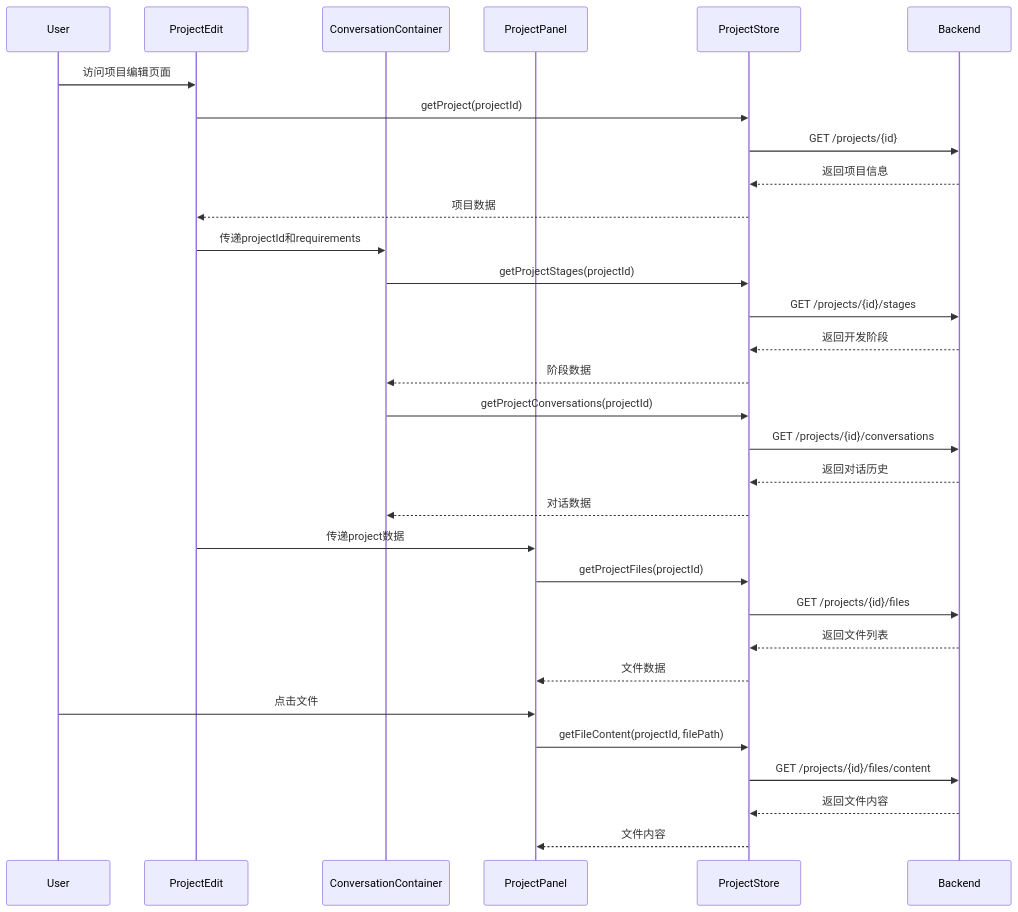
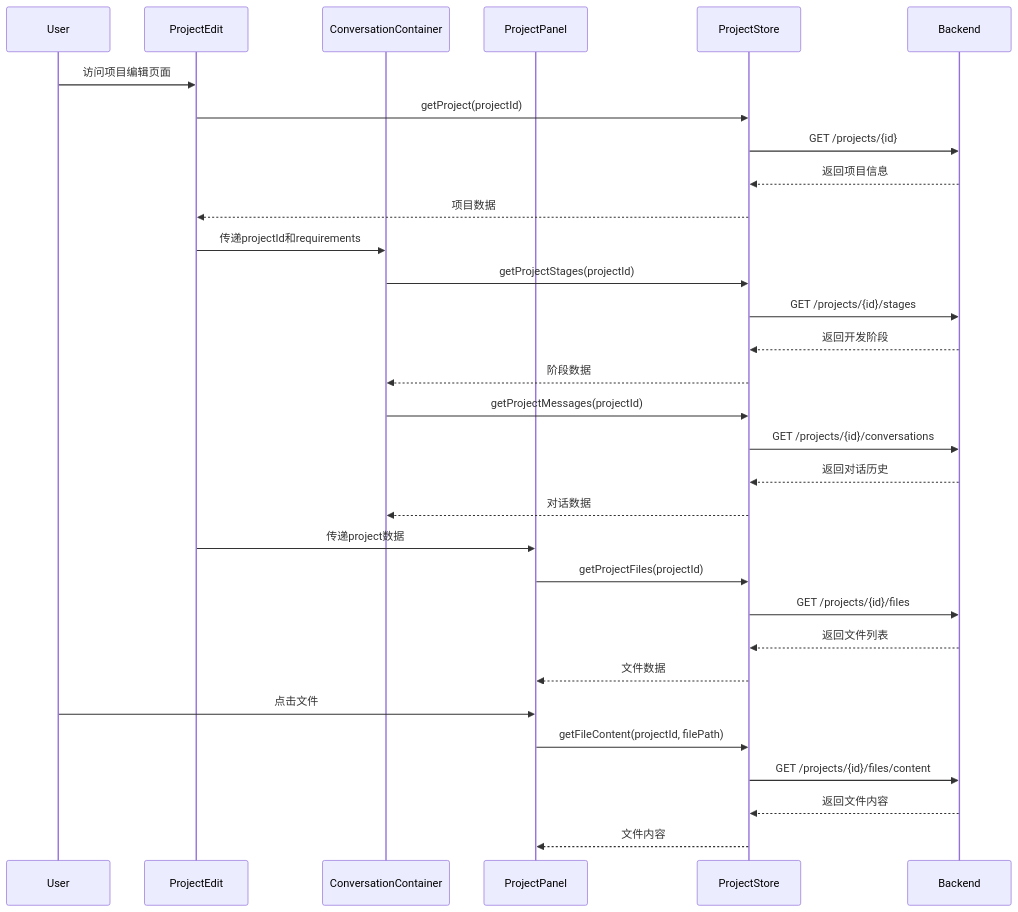
One commit to lighthought/app-maker changed the ninth of 9 diagrams in frontend/architect/ARCHITECTURE.md. Above: the diagram before and after it, drawn with Mermaid. The commit also changed other lines of this file and 7 other files, not shown here.

````diff
--- a/frontend/architect/ARCHITECTURE.md
+++ b/frontend/architect/ARCHITECTURE.md
@@ -394,38 +390,38 @@
 ```mermaid
 sequenceDiagram
     participant User
     participant ProjectEdit
     participant ConversationContainer
     participant ProjectPanel
     participant ProjectStore
     participant Backend
 
     User->>ProjectEdit: 访问项目编辑页面
     ProjectEdit->>ProjectStore: getProject(projectId)
     ProjectStore->>Backend: GET /projects/{id}
     Backend-->>ProjectStore: 返回项目信息
     ProjectStore-->>ProjectEdit: 项目数据
     
     ProjectEdit->>ConversationContainer: 传递projectId和requirements
     ConversationContainer->>ProjectStore: getProjectStages(projectId)
     ProjectStore->>Backend: GET /projects/{id}/stages
     Backend-->>ProjectStore: 返回开发阶段
     ProjectStore-->>ConversationContainer: 阶段数据
     
-    ConversationContainer->>ProjectStore: getProjectConversations(projectId)
+    ConversationContainer->>ProjectStore: getProjectMessages(projectId)
     ProjectStore->>Backend: GET /projects/{id}/conversations
     Backend-->>ProjectStore: 返回对话历史
     ProjectStore-->>ConversationContainer: 对话数据
     
     ProjectEdit->>ProjectPanel: 传递project数据
     ProjectPanel->>ProjectStore: getProjectFiles(projectId)
     ProjectStore->>Backend: GET /projects/{id}/files
     Backend-->>ProjectStore: 返回文件列表
     ProjectStore-->>ProjectPanel: 文件数据
     
     User->>ProjectPanel: 点击文件
     ProjectPanel->>ProjectStore: getFileContent(projectId, filePath)
     ProjectStore->>Backend: GET /projects/{id}/files/content
     Backend-->>ProjectStore: 返回文件内容
     ProjectStore-->>ProjectPanel: 文件内容
 ```
````
